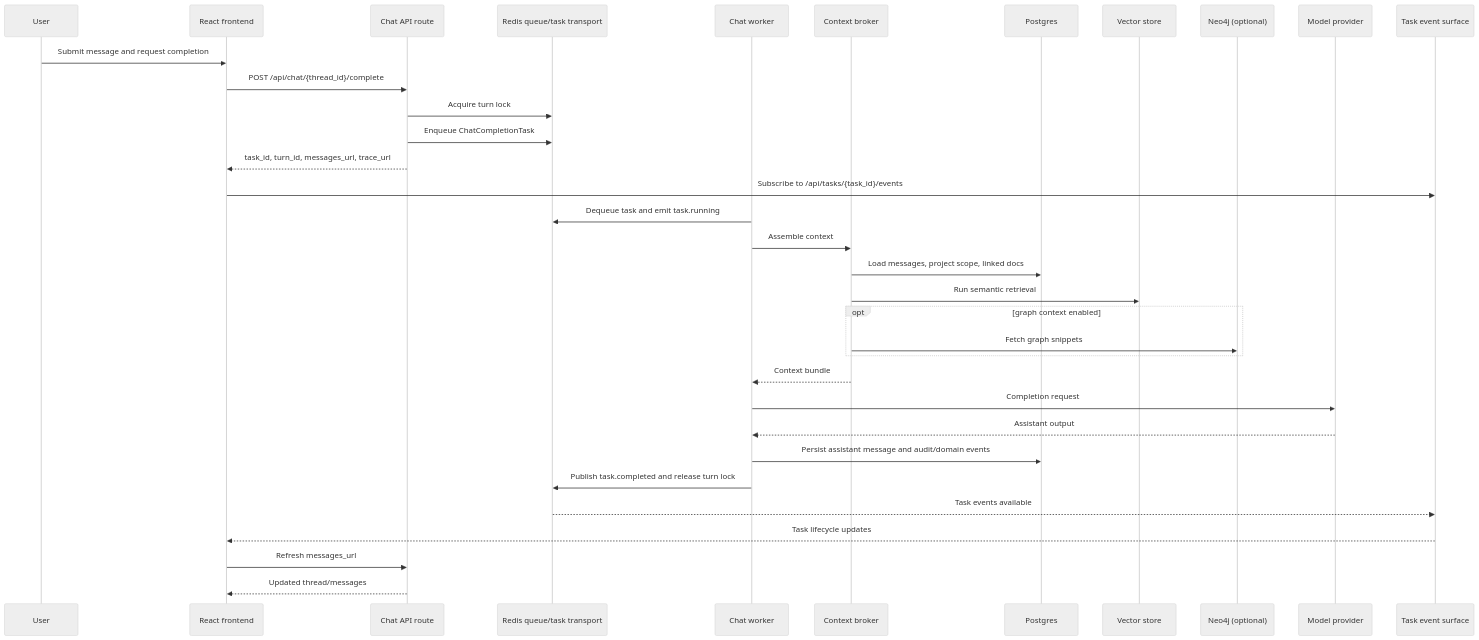
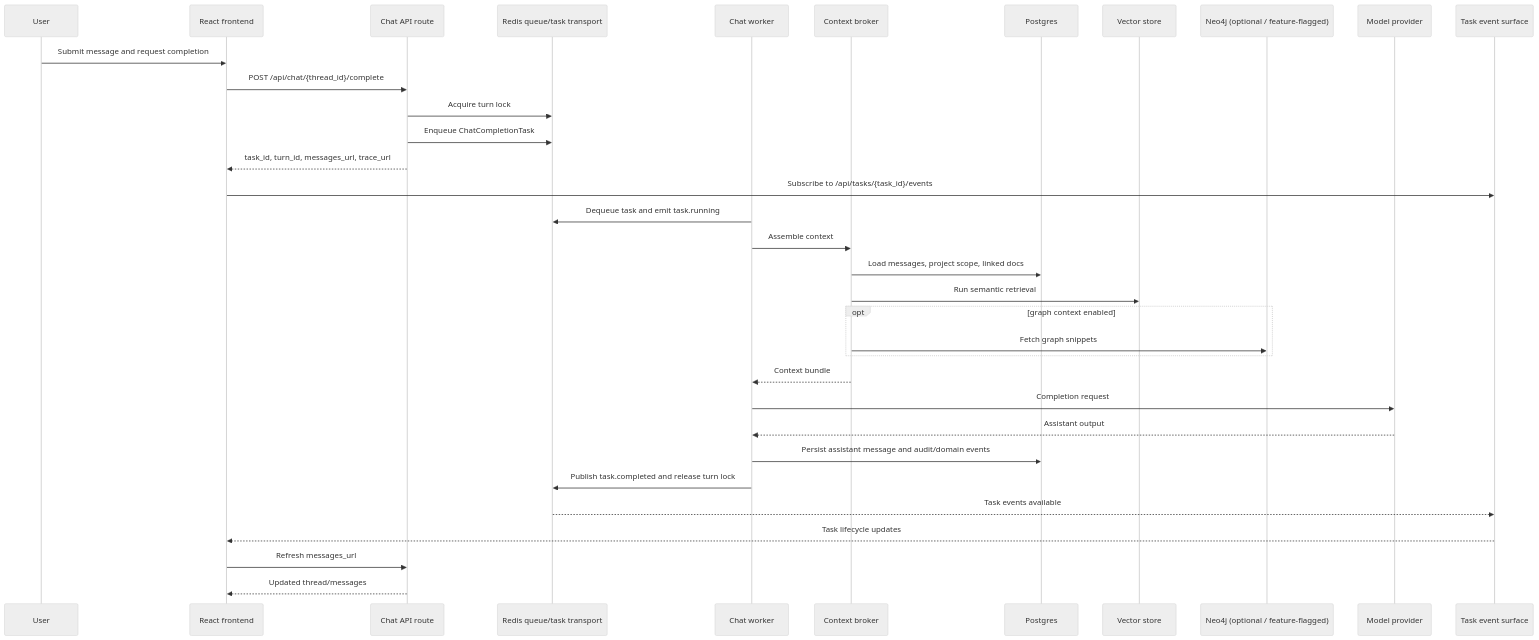
Before and after one commit to Resonant-Jones/Codexify: the second of 4 diagrams in docs/architecture/runtime-diagrams-v1.md, drawn with Mermaid (neutral theme). The commit also changed other lines of this file and 1 other file, not shown here.

Commit message:
Harden runtime diagrams with evidence notes

````diff
--- a/docs/architecture/runtime-diagrams-v1.md
+++ b/docs/architecture/runtime-diagrams-v1.md
@@ -97,37 +111,37 @@
 ```mermaid
 sequenceDiagram
     participant U as User
     participant FE as React frontend
     participant API as Chat API route
     participant Redis as Redis queue/task transport
     participant Worker as Chat worker
     participant Ctx as Context broker
     participant PG as Postgres
     participant Vec as Vector store
-    participant Neo as Neo4j (optional)
+    participant Neo as Neo4j (optional / feature-flagged)
     participant LLM as Model provider
     participant Stream as Task event surface
 
     U->>FE: Submit message and request completion
     FE->>API: POST /api/chat/{thread_id}/complete
     API->>Redis: Acquire turn lock
     API->>Redis: Enqueue ChatCompletionTask
     API-->>FE: task_id, turn_id, messages_url, trace_url
     FE->>Stream: Subscribe to /api/tasks/{task_id}/events
     Worker->>Redis: Dequeue task and emit task.running
     Worker->>Ctx: Assemble context
     Ctx->>PG: Load messages, project scope, linked docs
     Ctx->>Vec: Run semantic retrieval
     opt graph context enabled
         Ctx->>Neo: Fetch graph snippets
     end
     Ctx-->>Worker: Context bundle
     Worker->>LLM: Completion request
     LLM-->>Worker: Assistant output
     Worker->>PG: Persist assistant message and audit/domain events
     Worker->>Redis: Publish task.completed and release turn lock
     Redis-->>Stream: Task events available
     Stream-->>FE: Task lifecycle updates
     FE->>API: Refresh messages_url
     API-->>FE: Updated thread/messages
 ```
````
